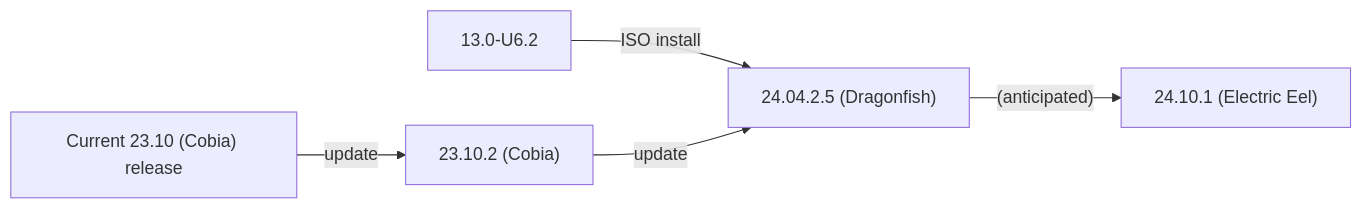
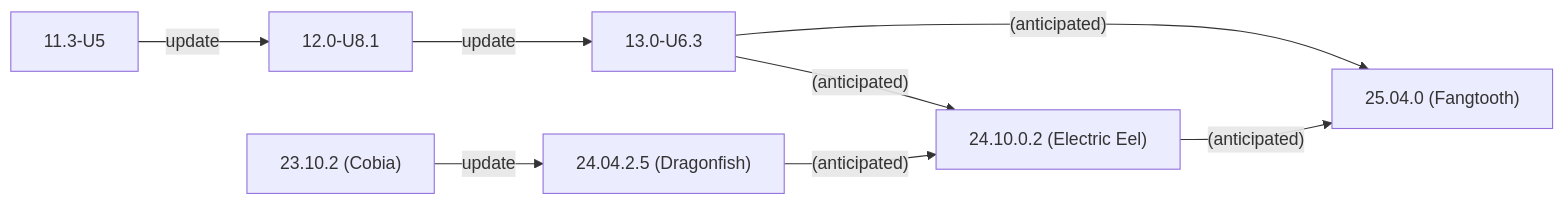
Before and after one commit to truenas/documentation: the second of 2 diagrams in static/includes/SCALEUpgradePaths.md, drawn with Mermaid. The commit also changed other lines of this file, not shown here.

```diff
--- a/static/includes/SCALEUpgradePaths.md
+++ b/static/includes/SCALEUpgradePaths.md
@@ -65,8 +71,11 @@
           {{< mermaid class="mermaid_sizing" >}}
           flowchart LR
-            A["13.0-U6.2"] -->|ISO install| D
-            B["Current 23.10 (Cobia) release"] -->|update| C
-            C["23.10.2 (Cobia)"] -->|update| D
-            D["24.04.2.5 (Dragonfish)"]  -->|"(anticipated)"| E
-            E["24.10.1 (Electric Eel)"]
+            A["11.3-U5"] -->|update| B
+            B["12.0-U8.1"] -->|update| C
+            C["13.0-U6.3"] -->|"(anticipated)"| F
+            C["13.0-U6.3"] -->|"(anticipated)"| G
+            D["23.10.2 (Cobia)"] -->|update| E
+            E["24.04.2.5 (Dragonfish)"]  -->|"(anticipated)"| F
+            F["24.10.0.2 (Electric Eel)"] -->|"(anticipated)"| G
+            G["25.04.0 (Fangtooth)"]
           {{< /mermaid >}}
```
